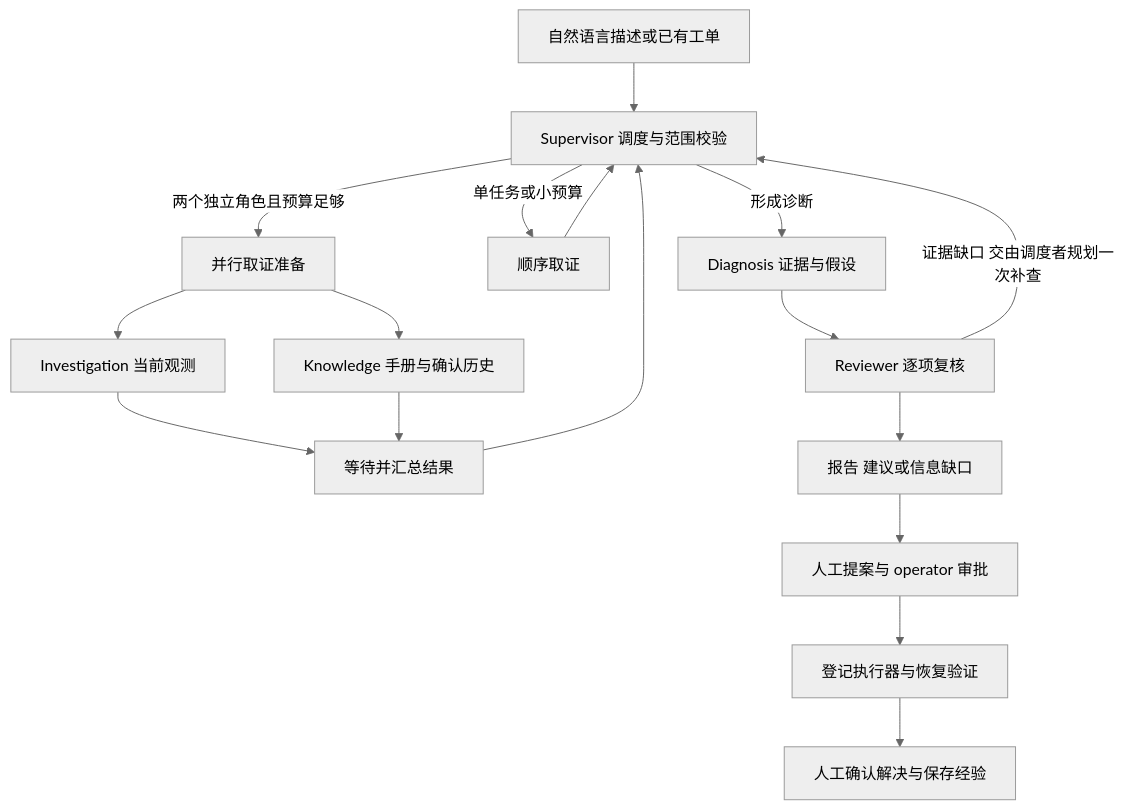
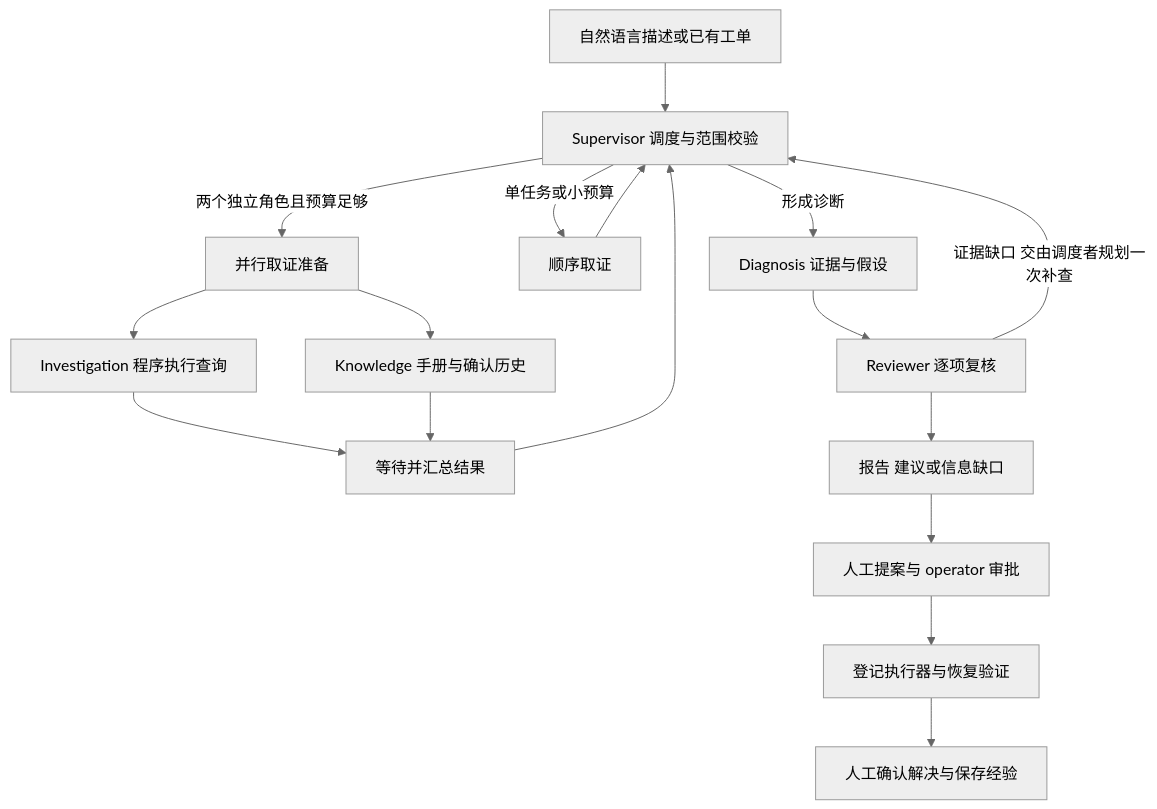
One commit to Heresy0/IT_Incident_Agent changed the diagram in README.md. Above: the diagram before and after it, drawn with Mermaid (neutral theme). The commit also changed other lines of this file and 48 other files, not shown here.

````diff
--- a/README.md
+++ b/README.md
@@ -32,19 +32,19 @@
 ```mermaid
 flowchart TD
     U[自然语言描述或已有工单] --> S[Supervisor 调度与范围校验]
     S -->|两个独立角色且预算足够| P[并行取证准备]
-    P --> I[Investigation 当前观测]
+    P --> I[Investigation 程序执行查询]
     P --> K[Knowledge 手册与确认历史]
     I --> J[等待并汇总结果]
     K --> J
     J --> S
     S -->|单任务或小预算| T[顺序取证]
     T --> S
     S -->|形成诊断| D[Diagnosis 证据与假设]
     D --> R[Reviewer 逐项复核]
     R -->|证据缺口 交由调度者规划一次补查| S
     R --> F[报告 建议或信息缺口]
     F --> A[人工提案与 operator 审批]
     A --> E[登记执行器与恢复验证]
     E --> H[人工确认解决与保存经验]
 ```
````
